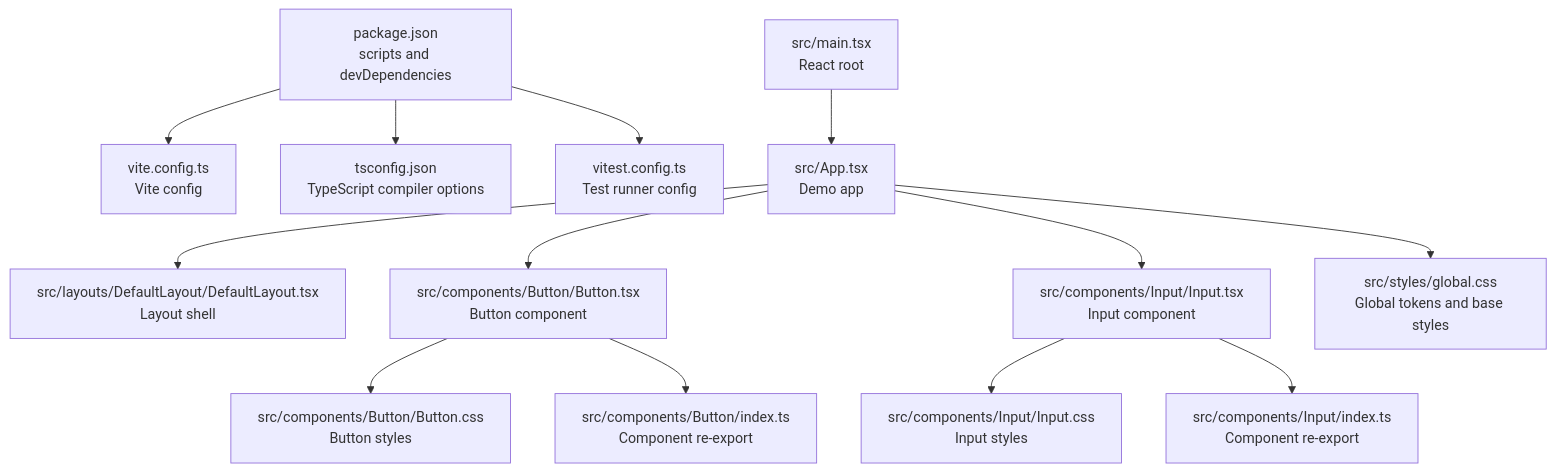
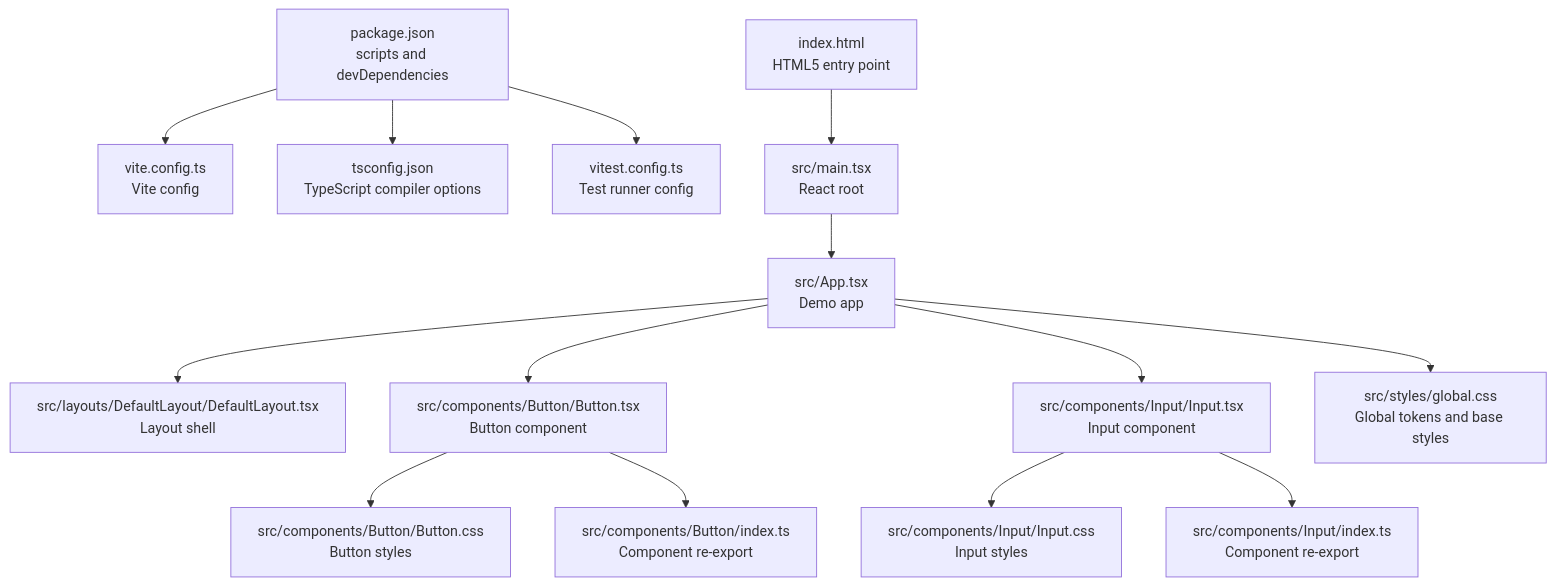
Before and after one commit to srustivd940-star/design-system: the first of 4 diagrams in .qoder/repowiki/en/content/Getting Started.md, drawn with Mermaid. The commit also changed other lines of this file and 1 other file, not shown here.

````diff
--- a/.qoder/repowiki/en/content/Getting Started.md
+++ b/.qoder/repowiki/en/content/Getting Started.md
@@ -41,15 +72,16 @@
 ```mermaid
 graph TB
 A["package.json<br/>scripts and devDependencies"] --> B["vite.config.ts<br/>Vite config"]
 A --> C["tsconfig.json<br/>TypeScript compiler options"]
 A --> D["vitest.config.ts<br/>Test runner config"]
-E["src/main.tsx<br/>React root"] --> F["src/App.tsx<br/>Demo app"]
-F --> G["src/layouts/DefaultLayout/DefaultLayout.tsx<br/>Layout shell"]
-F --> H["src/components/Button/Button.tsx<br/>Button component"]
-F --> I["src/components/Input/Input.tsx<br/>Input component"]
-H --> J["src/components/Button/Button.css<br/>Button styles"]
-I --> K["src/components/Input/Input.css<br/>Input styles"]
-F --> L["src/styles/global.css<br/>Global tokens and base styles"]
-H --> M["src/components/Button/index.ts<br/>Component re-export"]
-I --> N["src/components/Input/index.ts<br/>Component re-export"]
+E["index.html<br/>HTML5 entry point"] --> F["src/main.tsx<br/>React root"]
+F --> G["src/App.tsx<br/>Demo app"]
+G --> H["src/layouts/DefaultLayout/DefaultLayout.tsx<br/>Layout shell"]
+G --> I["src/components/Button/Button.tsx<br/>Button component"]
+G --> J["src/components/Input/Input.tsx<br/>Input component"]
+I --> K["src/components/Button/Button.css<br/>Button styles"]
+J --> L["src/components/Input/Input.css<br/>Input styles"]
+G --> M["src/styles/global.css<br/>Global tokens and base styles"]
+I --> N["src/components/Button/index.ts<br/>Component re-export"]
+J --> O["src/components/Input/index.ts<br/>Component re-export"]
 ```
````
